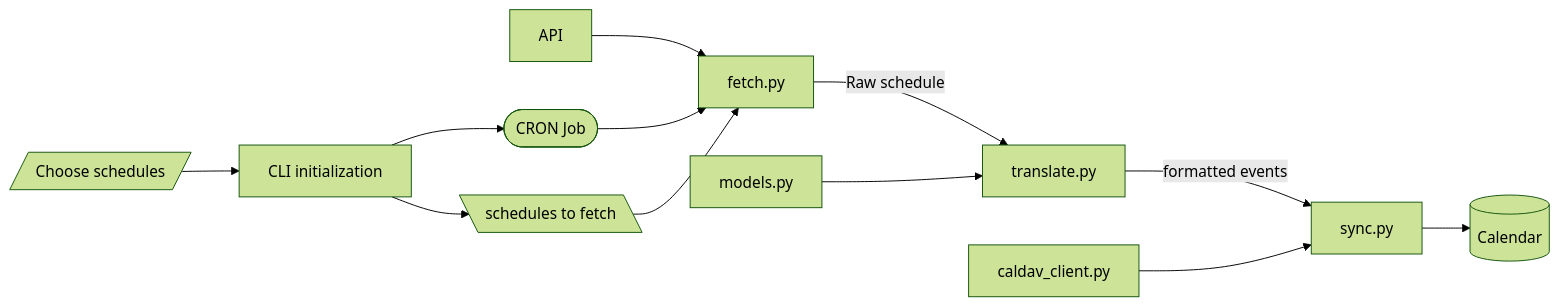
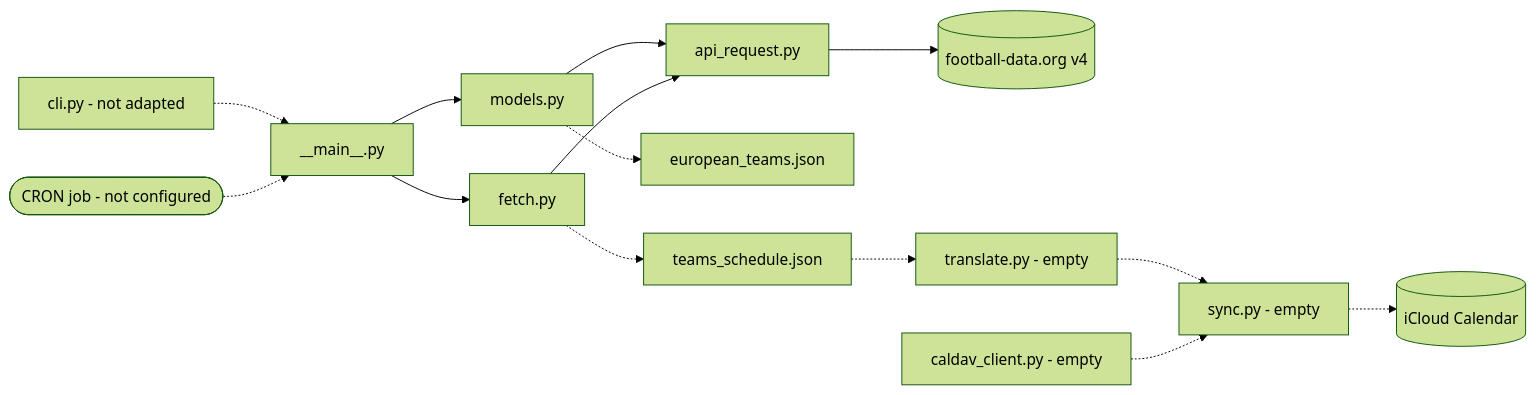
The diagram in README.md (fernando-rivas-espinoza/soccer-match-calendar-importer), drawn with Mermaid (forest theme) before and after one commit. The commit also changed other lines of this file and 4 other files, not shown here.

````diff
--- a/README.md
+++ b/README.md
@@ -8,18 +35,20 @@
 ```mermaid
 flowchart LR
-    choose[/Choose schedules/] --> cli[CLI initialization]
-    cli --> cron([CRON Job])
-    cli --> sched[\schedules to fetch\]
+    main["__main__.py"] --> models["models.py"]
+    main --> fetch["fetch.py"]
 
-    api[API] --> fetch[fetch.py]
-    cron --> fetch
-    sched --> fetch
+    models --> api["api_request.py"]
+    fetch --> api
+    api --> ext[("football-data.org v4")]
 
-    fetch -- "Raw schedule" --> translate[translate.py]
-    models[models.py] --> translate
+    models -.-> teamsjson["european_teams.json"]
+    fetch -.-> schedjson["teams_schedule.json"]
 
-    translate -- "formatted events" --> sync[sync.py]
-    caldav[caldav_client.py] --> sync
+    schedjson -.-> translate["translate.py - empty"]
+    translate -.-> sync["sync.py - empty"]
+    caldav["caldav_client.py - empty"] -.-> sync
+    sync -.-> cal[("iCloud Calendar")]
 
-    sync --> calendar[(Calendar)]
+    cli["cli.py - not adapted"] -.-> main
+    cron(["CRON job - not configured"]) -.-> main
 ```
````
